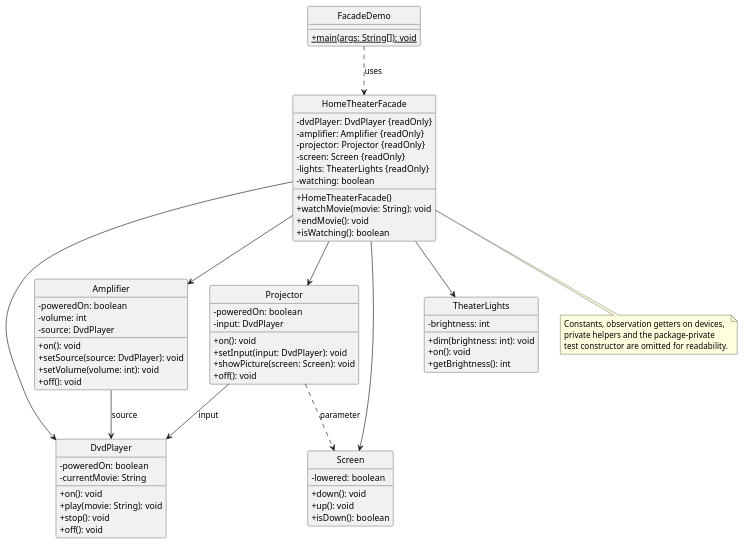
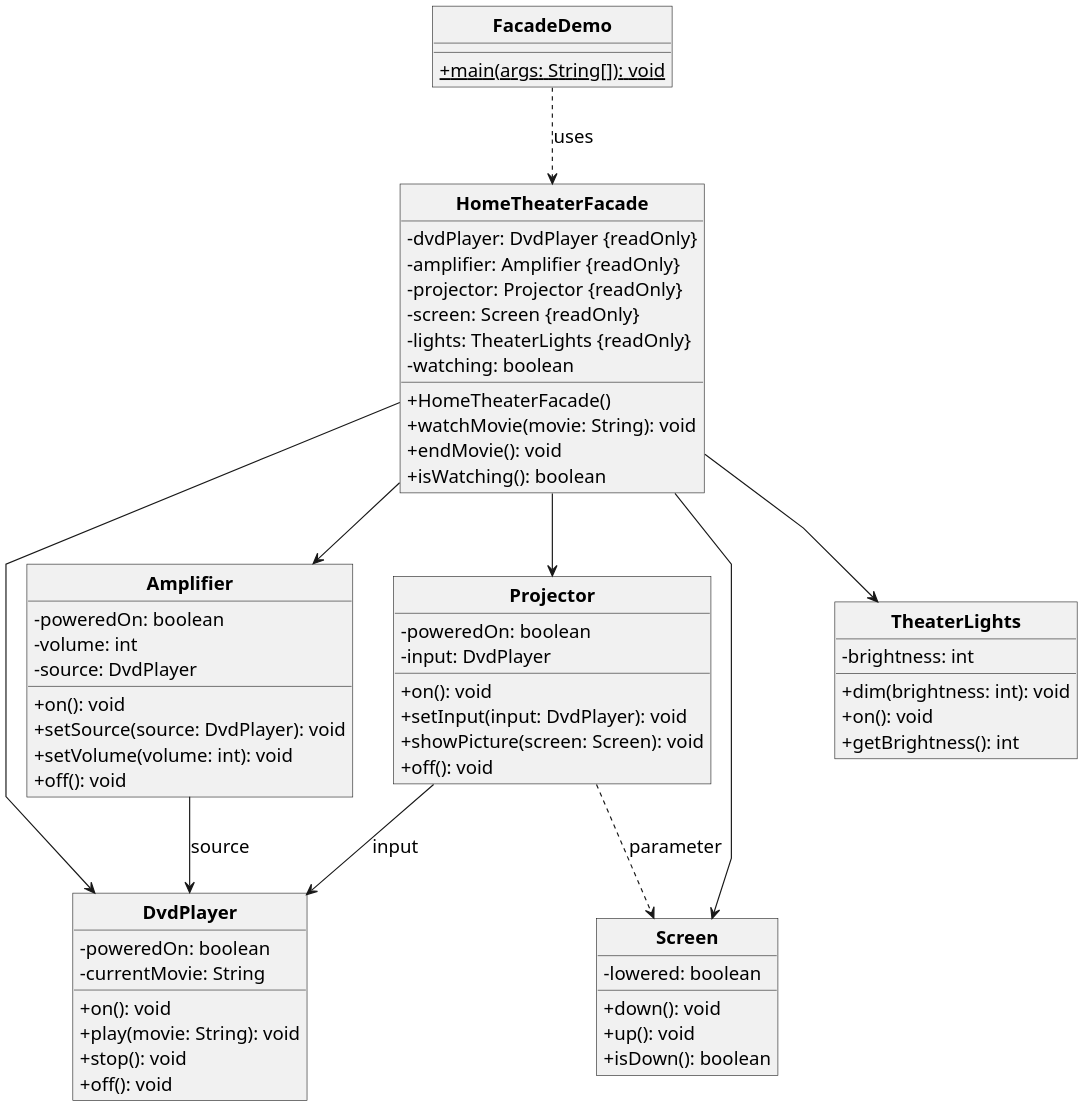
One commit to wwezzy/sdp-assignment-4 changed the diagram in docs/facade-uml.puml. Above: the diagram before and after it, drawn with PlantUML. The commit also changed 4 other files, not shown here.

Commit message:
Render UML with PlantUML and update the report diagram

```diff
--- a/docs/facade-uml.puml
+++ b/docs/facade-uml.puml
@@ -1,71 +1,73 @@
 @startuml
 skinparam classAttributeIconSize 0
 skinparam backgroundColor white
+skinparam defaultFontName Arial
+skinparam defaultFontSize 16
+skinparam dpi 180
+skinparam classFontStyle bold
+skinparam shadowing false
+skinparam roundcorner 0
+skinparam linetype polyline
 hide circle
 class FacadeDemo {
   +{static} main(args: String[]): void
 }
 class HomeTheaterFacade {
   -dvdPlayer: DvdPlayer {readOnly}
   -amplifier: Amplifier {readOnly}
   -projector: Projector {readOnly}
   -screen: Screen {readOnly}
   -lights: TheaterLights {readOnly}
   -watching: boolean
   +HomeTheaterFacade()
   +watchMovie(movie: String): void
   +endMovie(): void
   +isWatching(): boolean
 }
 class DvdPlayer {
   -poweredOn: boolean
   -currentMovie: String
   +on(): void
   +play(movie: String): void
   +stop(): void
   +off(): void
 }
 class Amplifier {
   -poweredOn: boolean
   -volume: int
   -source: DvdPlayer
   +on(): void
   +setSource(source: DvdPlayer): void
   +setVolume(volume: int): void
   +off(): void
 }
 class Projector {
   -poweredOn: boolean
   -input: DvdPlayer
   +on(): void
   +setInput(input: DvdPlayer): void
   +showPicture(screen: Screen): void
   +off(): void
 }
 class Screen {
   -lowered: boolean
   +down(): void
   +up(): void
   +isDown(): boolean
 }
 class TheaterLights {
   -brightness: int
   +dim(brightness: int): void
   +on(): void
   +getBrightness(): int
 }
 FacadeDemo ..> HomeTheaterFacade : uses
 HomeTheaterFacade --> DvdPlayer
 HomeTheaterFacade --> Amplifier
 HomeTheaterFacade --> Projector
 HomeTheaterFacade --> Screen
 HomeTheaterFacade --> TheaterLights
 Amplifier --> DvdPlayer : source
 Projector --> DvdPlayer : input
 Projector ..> Screen : parameter
-note bottom of HomeTheaterFacade
-Constants, observation getters on devices,
-private helpers and the package-private
-test constructor are omitted for readability.
-end note
 @enduml
```
